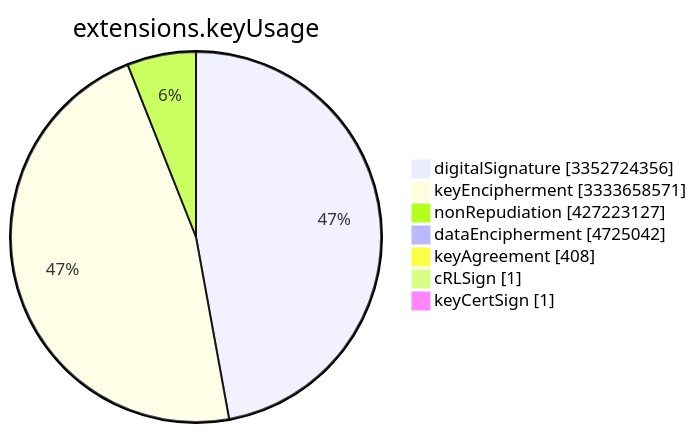
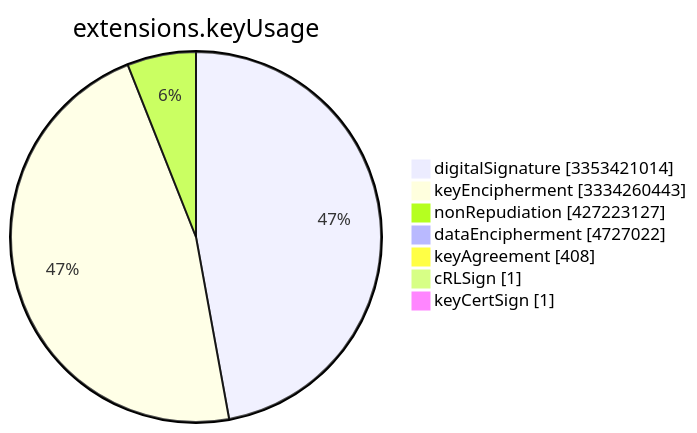
One commit to christiankrug/ctmonitor_visualization changed the sixth of 15 diagrams in TOTAL/README.md. Above: the diagram before and after it, drawn with Mermaid. The commit also changed other lines of this file, not shown here.

````diff
--- a/TOTAL/README.md
+++ b/TOTAL/README.md
@@ -3079,11 +3079,11 @@
 ```mermaid
 pie showData
 title extensions.keyUsage
-"digitalSignature" :3352724356
-"keyEncipherment" :3333658571
+"digitalSignature" :3353421014
+"keyEncipherment" :3334260443
 "nonRepudiation" :427223127
-"dataEncipherment" :4725042
+"dataEncipherment" :4727022
 "keyAgreement" :408
 "cRLSign" :1
 "keyCertSign" :1
 ```
````
